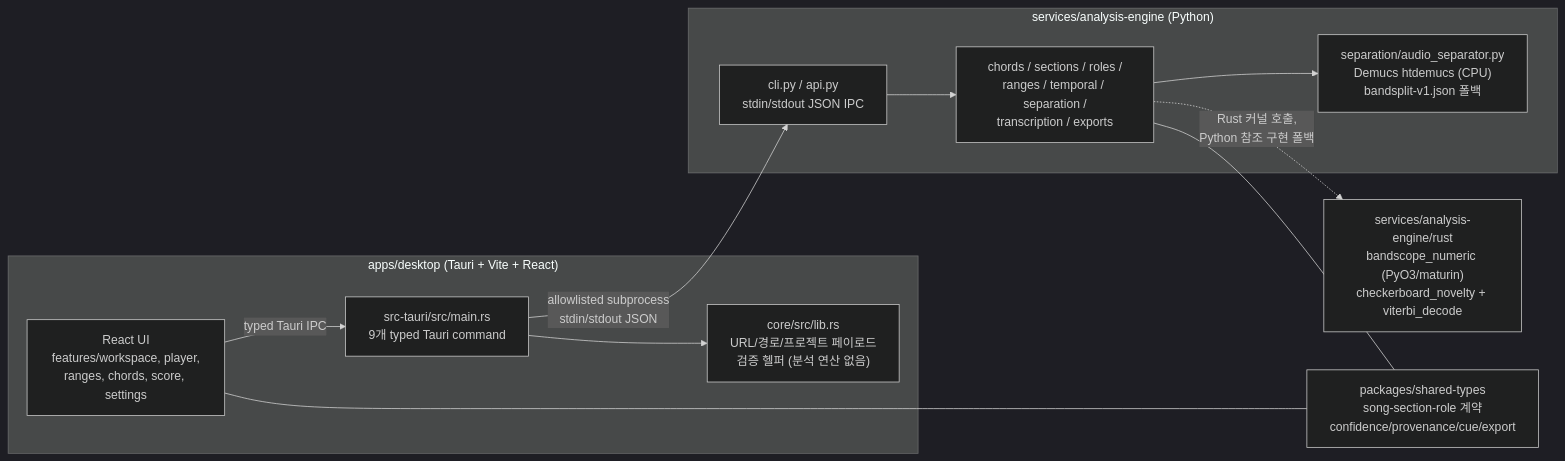
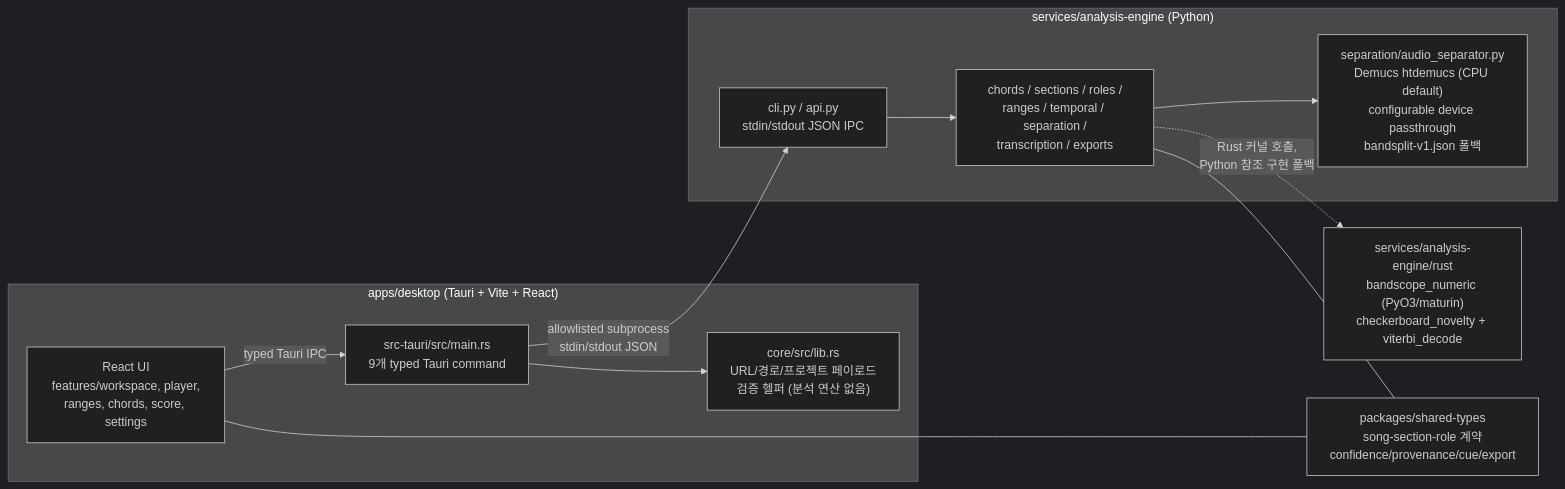
Before and after one commit to ContextualWisdomLab/bandscope: the first of 3 diagrams in docs/product-technical-gap-baseline.md, drawn with Mermaid (dark theme). The commit also changed other lines of this file, not shown here.

````diff
--- a/docs/product-technical-gap-baseline.md
+++ b/docs/product-technical-gap-baseline.md
@@ -30,24 +30,24 @@
 ```mermaid
 flowchart LR
     subgraph Desktop["apps/desktop (Tauri + Vite + React)"]
         UI["React UI<br/>features/workspace, player,<br/>ranges, chords, score, settings"]
         Shell["src-tauri/src/main.rs<br/>9개 typed Tauri command"]
         Core["core/src/lib.rs<br/>URL/경로/프로젝트 페이로드<br/>검증 헬퍼 (분석 연산 없음)"]
     end
     subgraph Engine["services/analysis-engine (Python)"]
         CLI["cli.py / api.py<br/>stdin/stdout JSON IPC"]
         Mods["chords / sections / roles /<br/>ranges / temporal / separation /<br/>transcription / exports"]
-        Sep["separation/audio_separator.py<br/>Demucs htdemucs (CPU)<br/>bandsplit-v1.json 폴백"]
+        Sep["separation/audio_separator.py<br/>Demucs htdemucs (CPU default)<br/>configurable device passthrough<br/>bandsplit-v1.json 폴백"]
     end
     Rust["services/analysis-engine/rust<br/>bandscope_numeric (PyO3/maturin)<br/>checkerboard_novelty + viterbi_decode"]
     Types["packages/shared-types<br/>song-section-role 계약<br/>confidence/provenance/cue/export"]
 
     UI -- "typed Tauri IPC" --> Shell
     Shell --> Core
     Shell -- "allowlisted subprocess<br/>stdin/stdout JSON" --> CLI
     CLI --> Mods
     Mods --> Sep
     Mods -. "Rust 커널 호출,<br/>Python 참조 구현 폴백" .-> Rust
     UI --- Types
     Mods --- Types
 ```
````
